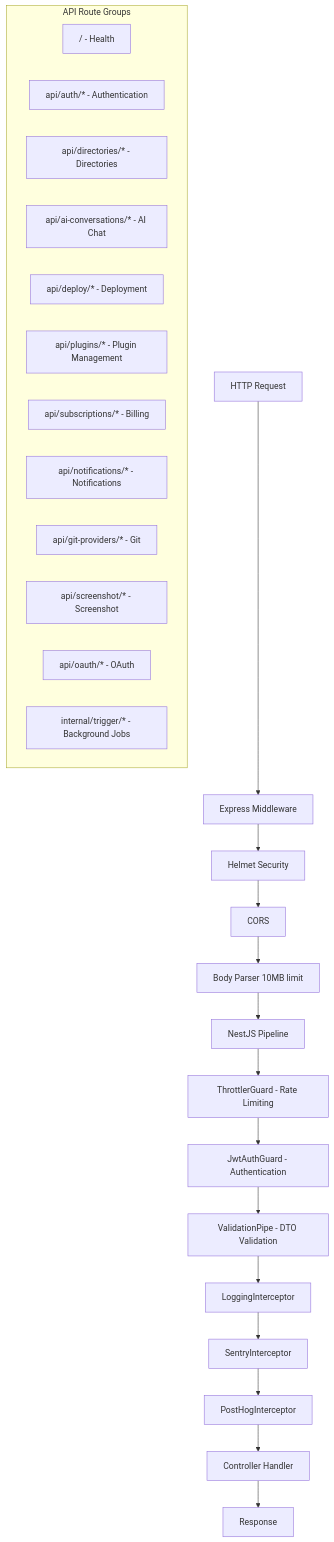
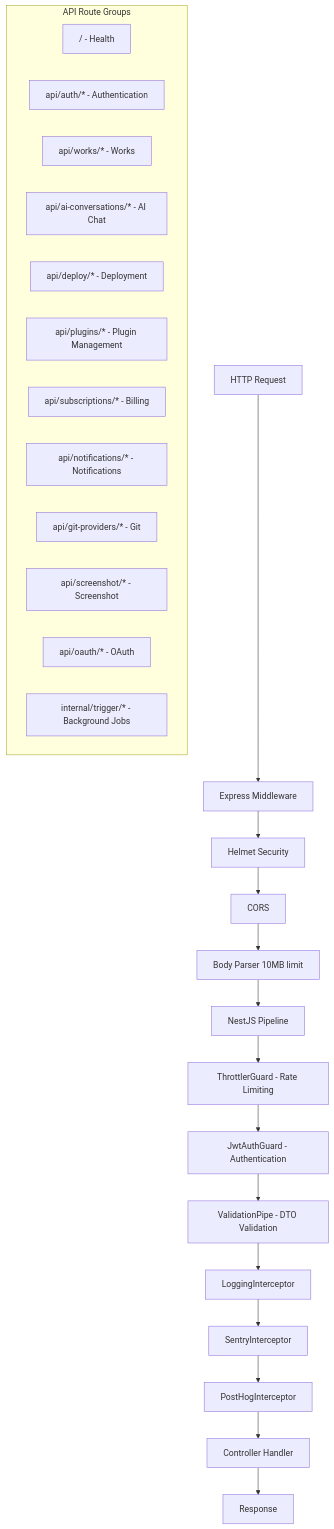
The diagram in docs/advanced/api-versioning.md (ever-works/ever-works), drawn with Mermaid before and after one commit. The commit also changed other lines of this file and 395 other files, not shown here.

````diff
--- a/docs/advanced/api-versioning.md
+++ b/docs/advanced/api-versioning.md
@@ -16,32 +16,32 @@
 ```mermaid
 flowchart TD
     A[HTTP Request] --> B[Express Middleware]
     B --> C[Helmet Security]
     C --> D[CORS]
     D --> E[Body Parser 10MB limit]
 
     E --> F[NestJS Pipeline]
     F --> G[ThrottlerGuard - Rate Limiting]
     G --> H[JwtAuthGuard - Authentication]
     H --> I[ValidationPipe - DTO Validation]
     I --> J[LoggingInterceptor]
     J --> K[SentryInterceptor]
     K --> L[PostHogInterceptor]
     L --> M[Controller Handler]
     M --> N[Response]
 
     subgraph "API Route Groups"
         O["/ - Health"]
         P["api/auth/* - Authentication"]
-        Q["api/directories/* - Directories"]
+        Q["api/works/* - Works"]
         R["api/ai-conversations/* - AI Chat"]
         S["api/deploy/* - Deployment"]
         T["api/plugins/* - Plugin Management"]
         U["api/subscriptions/* - Billing"]
         V["api/notifications/* - Notifications"]
         W["api/git-providers/* - Git"]
         X["api/screenshot/* - Screenshot"]
         Y["api/oauth/* - OAuth"]
         Z["internal/trigger/* - Background Jobs"]
     end
 ```
````
